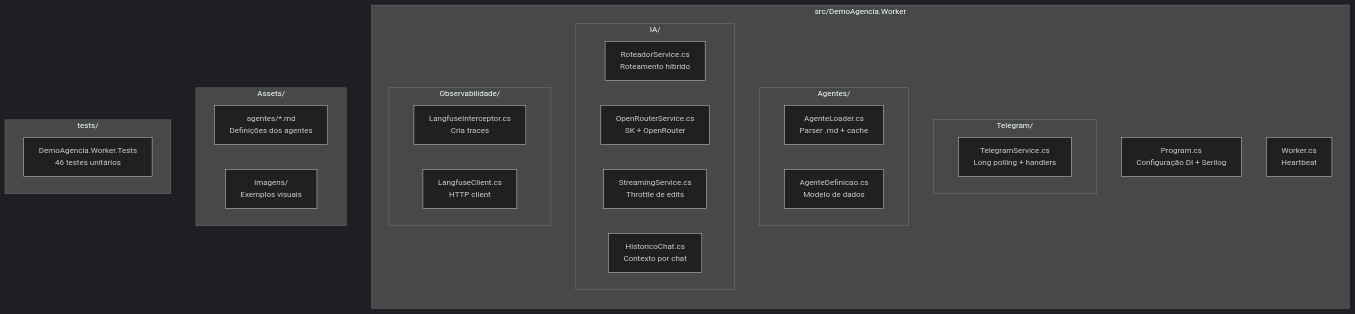
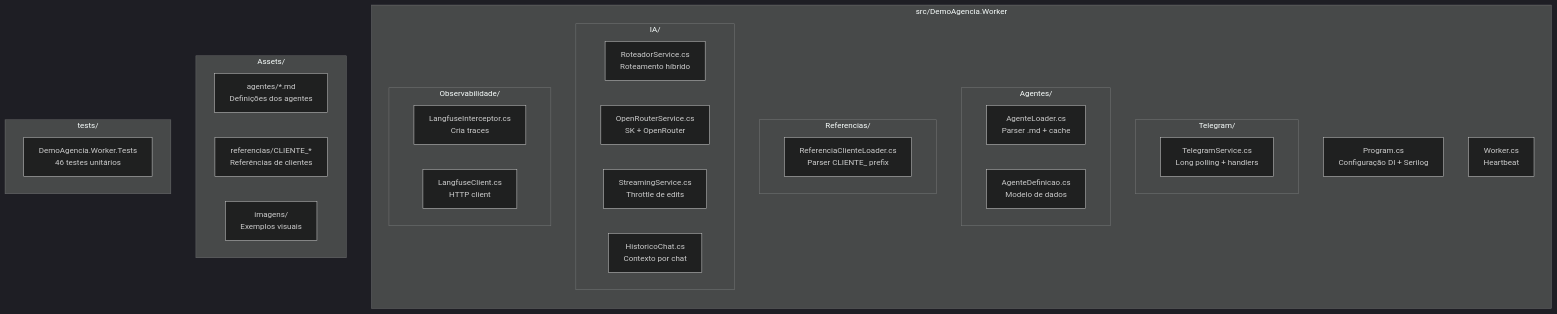
One commit to joaopedro-marques/suspira.fluxo.demo changed the tenth of 16 diagrams in docs/ARCHITECTURE.md. Above: the diagram before and after it, drawn with Mermaid (dark theme). The commit also changed other lines of this file and 1 other file, not shown here.

First line of the commit message:
docs: document client references flow

````diff
--- a/docs/ARCHITECTURE.md
+++ b/docs/ARCHITECTURE.md
@@ -312,38 +362,43 @@
 ```mermaid
 graph TD
     subgraph "src/DemoAgencia.Worker"
         direction TB
         PROG[Program.cs<br/>Configuração DI + Serilog]
         WORK[Worker.cs<br/>Heartbeat]
         
         subgraph "Telegram/"
             TS2[TelegramService.cs<br/>Long polling + handlers]
         end
         
         subgraph "Agentes/"
             AL2[AgenteLoader.cs<br/>Parser .md + cache]
             AD2[AgenteDefinicao.cs<br/>Modelo de dados]
         end
-        
+
+        subgraph "Referencias/"
+            RCL[ReferenciaClienteLoader.cs<br/>Parser CLIENTE_ prefix]
+        end
+
         subgraph "IA/"
             RS2[RoteadorService.cs<br/>Roteamento híbrido]
             OR2[OpenRouterService.cs<br/>SK + OpenRouter]
             SS2[StreamingService.cs<br/>Throttle de edits]
             HC2[HistoricoChat.cs<br/>Contexto por chat]
         end
         
         subgraph "Observabilidade/"
             LI2[LangfuseInterceptor.cs<br/>Cria traces]
             LC2[LangfuseClient.cs<br/>HTTP client]
         end
     end
     
     subgraph "Assets/"
         MD2[agentes/*.md<br/>Definições dos agentes]
+        REF[referencias/CLIENTE_*<br/>Referências de clientes]
         IMG[imagens/<br/>Exemplos visuais]
     end
     
     subgraph "tests/"
         TEST[DemoAgencia.Worker.Tests<br/>46 testes unitários]
     end
 ```
````
